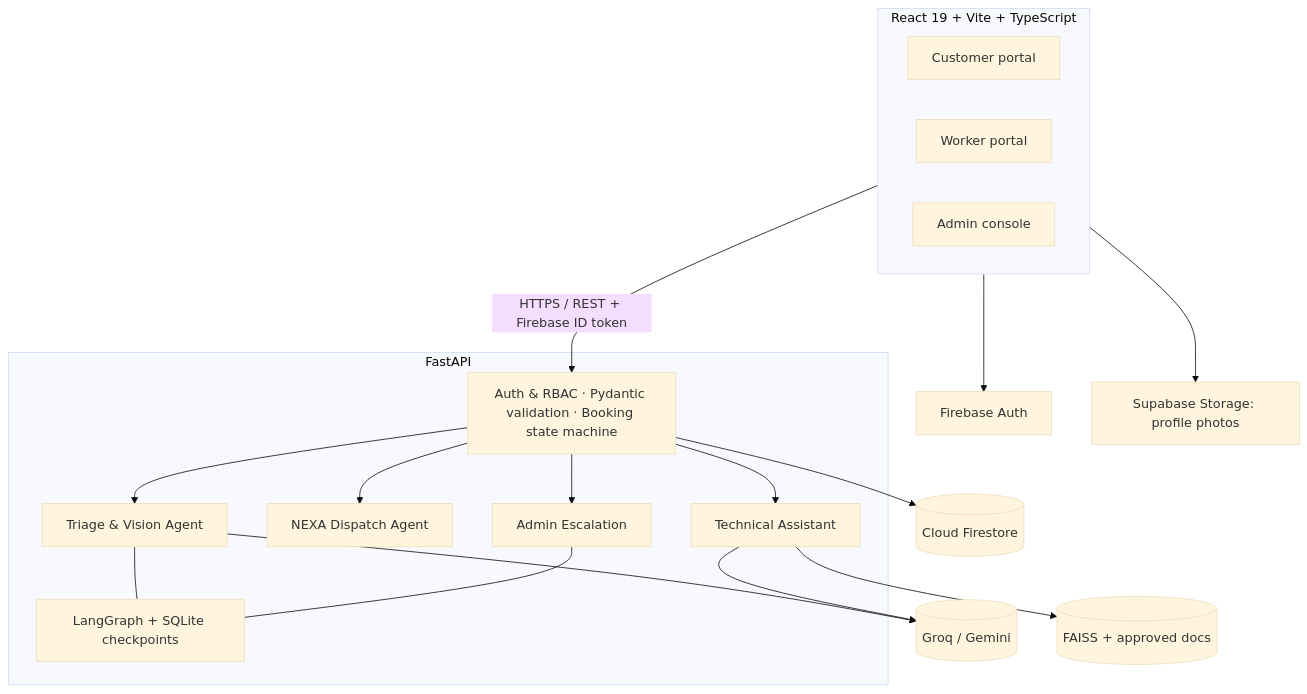
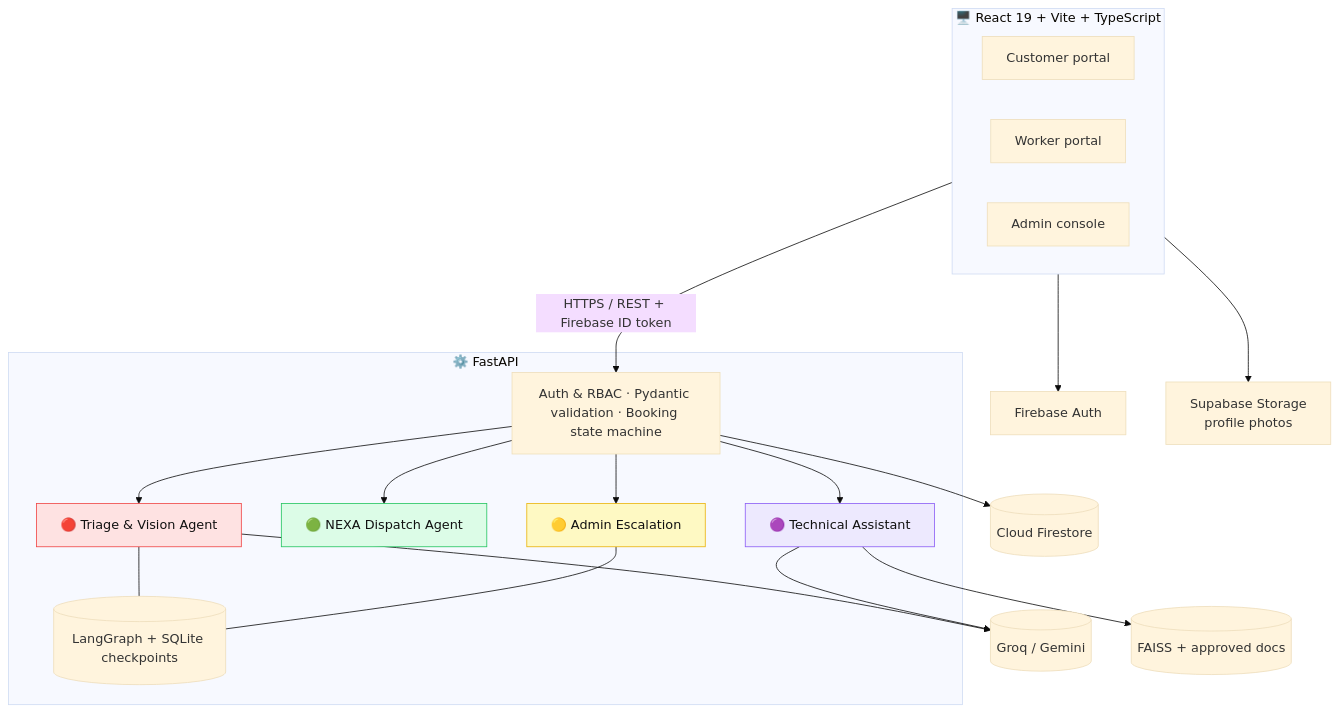
The third of 4 diagrams in README.md (subi2222/KaamFix-Agentic-Homeservices), drawn with Mermaid (base theme) before and after one commit. The commit also changed other lines of this file, not shown here.

````diff
--- a/README.md
+++ b/README.md
@@ -144,26 +165,31 @@
 ```mermaid
 flowchart TB
-    subgraph Client["React 19 + Vite + TypeScript"]
+    subgraph Client["🖥️ React 19 + Vite + TypeScript"]
         C1[Customer portal]
         C2[Worker portal]
         C3[Admin console]
     end
 
     Client -->|"HTTPS / REST + Firebase ID token"| API
 
-    subgraph Backend["FastAPI"]
-        API[Auth & RBAC · Pydantic validation · Booking state machine]
-        API --> A1[Triage & Vision Agent]
-        API --> A2[NEXA Dispatch Agent]
-        API --> A3[Technical Assistant]
-        API --> A4[Admin Escalation]
-        A1 & A4 --- LG[LangGraph + SQLite checkpoints]
+    subgraph Backend["⚙️ FastAPI"]
+        API["Auth & RBAC · Pydantic validation · Booking state machine"]
+        API --> A1["🔴 Triage & Vision Agent"]
+        API --> A2["🟢 NEXA Dispatch Agent"]
+        API --> A3["🟣 Technical Assistant"]
+        API --> A4["🟡 Admin Escalation"]
+        A1 & A4 --- LG[("LangGraph + SQLite checkpoints")]
     end
 
-    A1 --> LLM[(Groq / Gemini)]
-    A3 --> FAISS[(FAISS + approved docs)]
+    A1 --> LLM[("Groq / Gemini")]
+    A3 --> FAISS[("FAISS + approved docs")]
     A3 --> LLM
-    API --> FS[(Cloud Firestore)]
-    Client --> FA[Firebase Auth]
-    Client --> SB["Supabase Storage: profile photos"]
+    API --> FS[("Cloud Firestore")]
+    Client --> FA["Firebase Auth"]
+    Client --> SB["Supabase Storage<br/>profile photos"]
+
+    style A1 fill:#FEE2E2,stroke:#EF4444,color:#111
+    style A2 fill:#DCFCE7,stroke:#22C55E,color:#111
+    style A3 fill:#EDE9FE,stroke:#8B5CF6,color:#111
+    style A4 fill:#FEF9C3,stroke:#EAB308,color:#111
 ```
````
